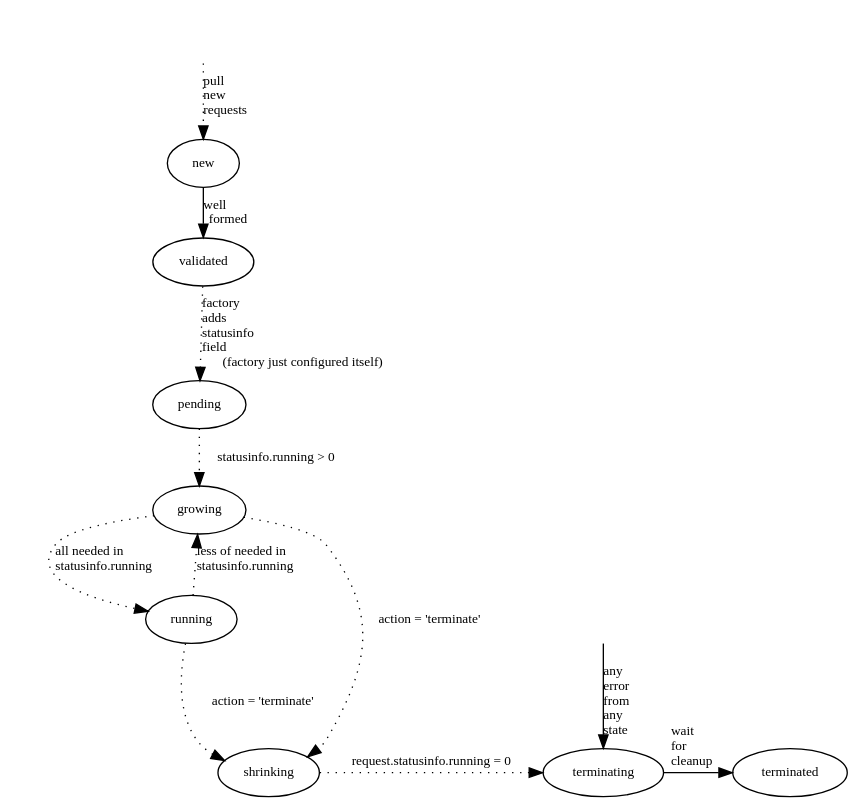
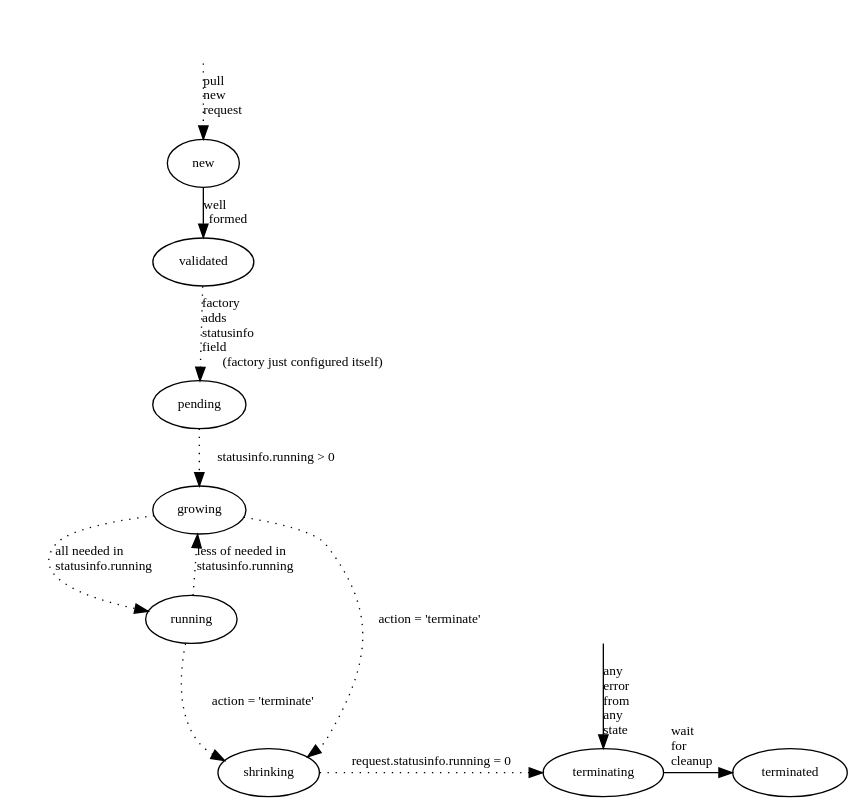
The diagram in diagrams/request_state_diagram.dot (vc3-project/vc3-docs), drawn with Graphviz before and after one commit.

```diff
--- a/diagrams/request_state_diagram.dot
+++ b/diagrams/request_state_diagram.dot
@@ -1,61 +1,61 @@
 digraph requests {
     compound = true;
     #concentrate = true;
     ratio = compress;
     size="20";
     #rankdir="LR";
 
     ranksep = 0.15;
     nodesep = 0.15;
 
     node [fontsize=10]
     edge [fontsize=10];
 
     infoservice [shape = none ][ label = "" ];
 
     subgraph cluster_configstates {
         style = invis;
         new;
         validated;
         pending;
     }
 
     subgraph cluster_runningstates {
         style = invis;
         growing;
         shrinking;
         running;
     }
 
     subgraph cluster_endingstates {
         style = invis;
         terminating;
         terminated;
 
         terminating_all [shape = none][ label = ""]
     }
 
     {rank=same shrinking terminating terminated}
 
-    infoservice -> new [ style = dotted ][ label = "pull\lnew\lrequests\l" ];
+    infoservice -> new [ style = dotted ][ label = "pull\lnew\lrequest\l" ];
 
     new -> validated   [ label = "well\lformed" ];
 
     validated -> pending  [ label = "factory\ladds\lstatusinfo\lfield\l(factory just configured itself)" ][ style = dotted ];
 
     pending    -> growing     [ label = "statusinfo.running > 0" ][ style = dotted ];
 
     growing    -> running     [ label = "all needed in\lstatusinfo.running\l" ][ style = dotted ];
 
     growing    -> shrinking   [ label = "action = 'terminate'" ][ style = dotted ];
 
     running    -> growing     [ label = "less of needed in\lstatusinfo.running\l" ][ style = dotted ];
     running    -> shrinking   [ label = "action = 'terminate'" ][ style = dotted ];
 
     shrinking  -> terminating [ label = "request.statusinfo.running = 0"][ style = dotted ];
 
     terminating -> terminated [ label = "wait\lfor\lcleanup\l" ];
 
     terminating_all -> terminating [ label ="any\lerror\lfrom\lany\lstate\l" ]
 
 }
```
